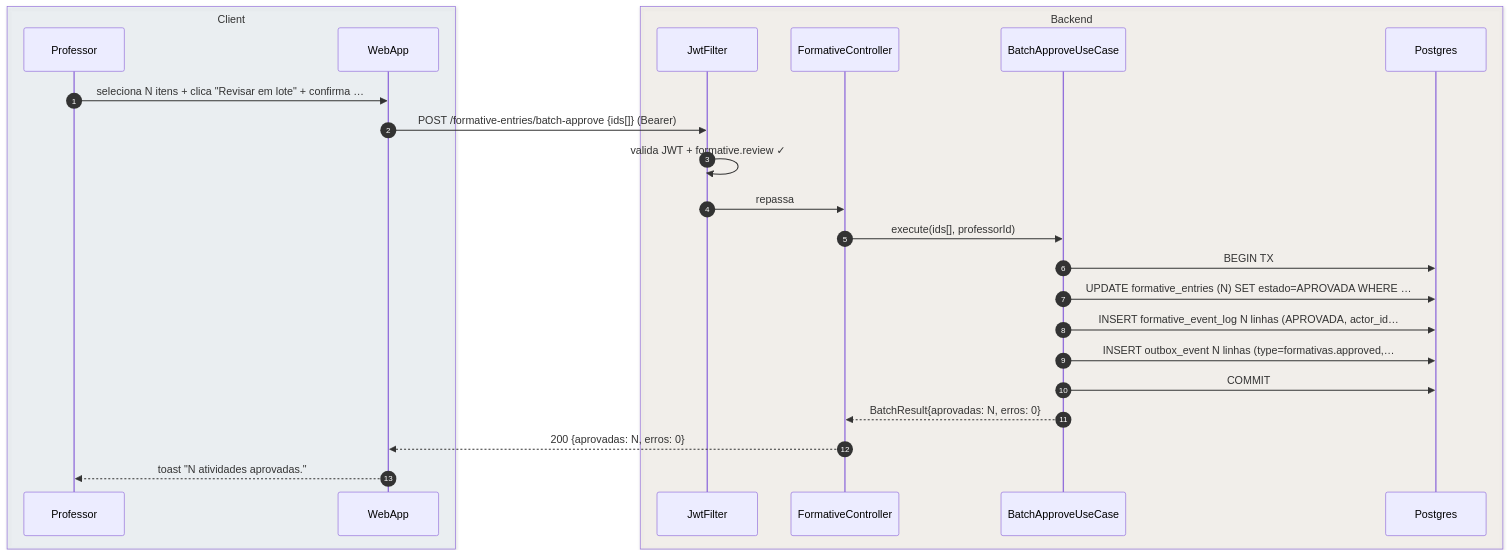
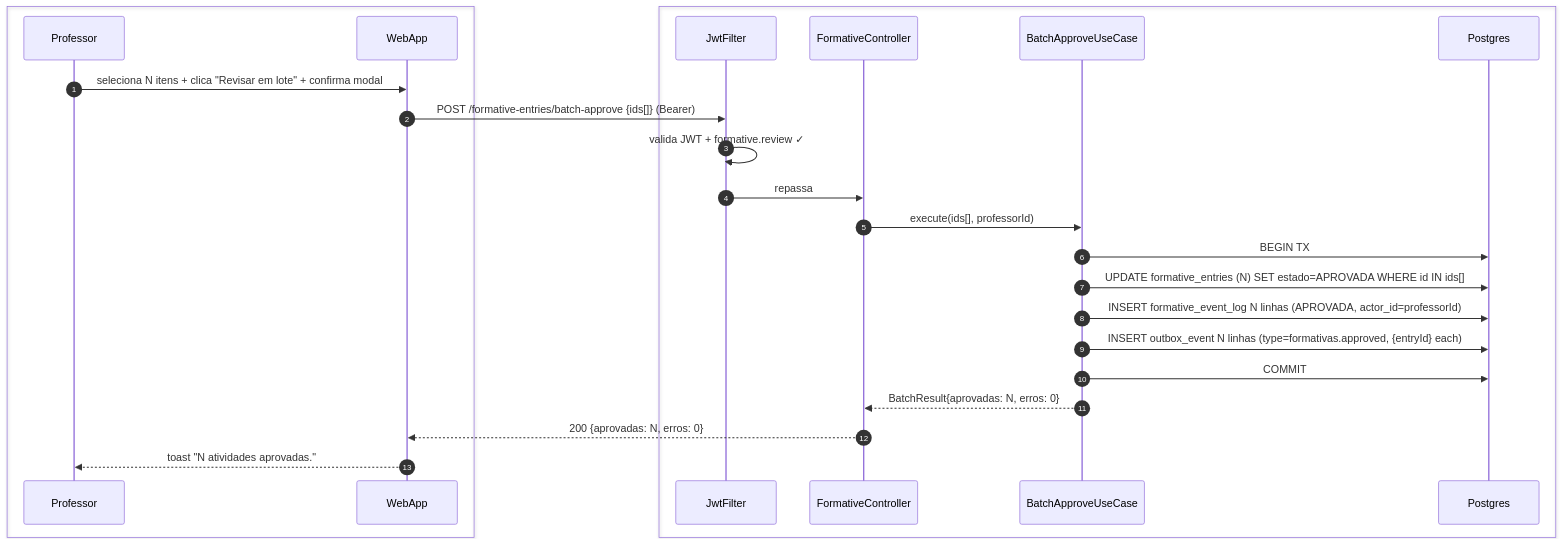
One commit to umishell/secretariaOnline2 changed the third of 5 diagrams in foundationDocs/sequenceDiagrams/F3 — Professor/US-F3-004-REVISAR-FORMATIVAS.md. Above: the diagram before and after it, drawn with Mermaid. The commit also changed other lines of this file and 70 other files, not shown here.

First line of the commit message:
Enhance database documentation and introduce new schema files

````diff
--- a/foundationDocs/sequenceDiagrams/F3 — Professor/US-F3-004-REVISAR-FORMATIVAS.md
+++ b/foundationDocs/sequenceDiagrams/F3 — Professor/US-F3-004-REVISAR-FORMATIVAS.md
@@ -134,28 +134,28 @@
 ```mermaid
 sequenceDiagram
     autonumber
-    box rgba(230,245,255,0.3) Client
+    box #e8f4fc Cliente
         participant Professor
         participant WebApp
     end
-    box rgba(255,245,230,0.3) Backend
+    box #fff8ee Servidor
         participant JwtFilter
         participant FormativeController
         participant BatchApproveUC as BatchApproveUseCase
         participant Postgres
     end
 
-    Professor->>WebApp: seleciona N itens + clica "Revisar em lote" + confirma …
+    Professor->>WebApp: seleciona N itens + clica "Revisar em lote" + confirma modal
     WebApp->>JwtFilter: POST /formative-entries/batch-approve {ids[]} (Bearer)
     JwtFilter->>JwtFilter: valida JWT + formative.review ✓
     JwtFilter->>FormativeController: repassa
     FormativeController->>BatchApproveUC: execute(ids[], professorId)
     BatchApproveUC->>Postgres: BEGIN TX
-    BatchApproveUC->>Postgres: UPDATE formative_entries (N) SET estado=APROVADA WHERE …
-    BatchApproveUC->>Postgres: INSERT formative_event_log N linhas (APROVADA, actor_id…
-    BatchApproveUC->>Postgres: INSERT outbox_event N linhas (type=formativas.approved,…
+    BatchApproveUC->>Postgres: UPDATE formative_entries (N) SET estado=APROVADA WHERE id IN ids[]
+    BatchApproveUC->>Postgres: INSERT formative_event_log N linhas (APROVADA, actor_id=professorId)
+    BatchApproveUC->>Postgres: INSERT outbox_event N linhas (type=formativas.approved, {entryId} each)
     BatchApproveUC->>Postgres: COMMIT
     BatchApproveUC-->>FormativeController: BatchResult{aprovadas: N, erros: 0}
     FormativeController-->>WebApp: 200 {aprovadas: N, erros: 0}
     WebApp-->>Professor: toast "N atividades aprovadas."
 ```
````
